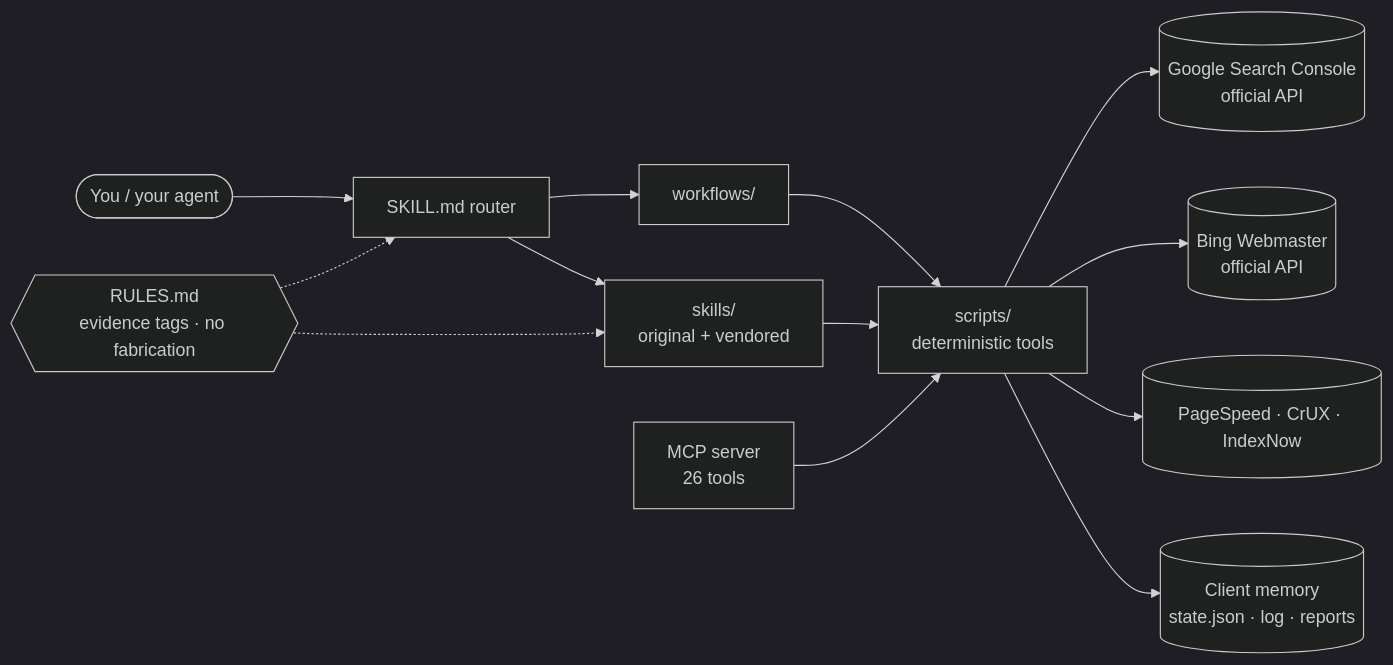
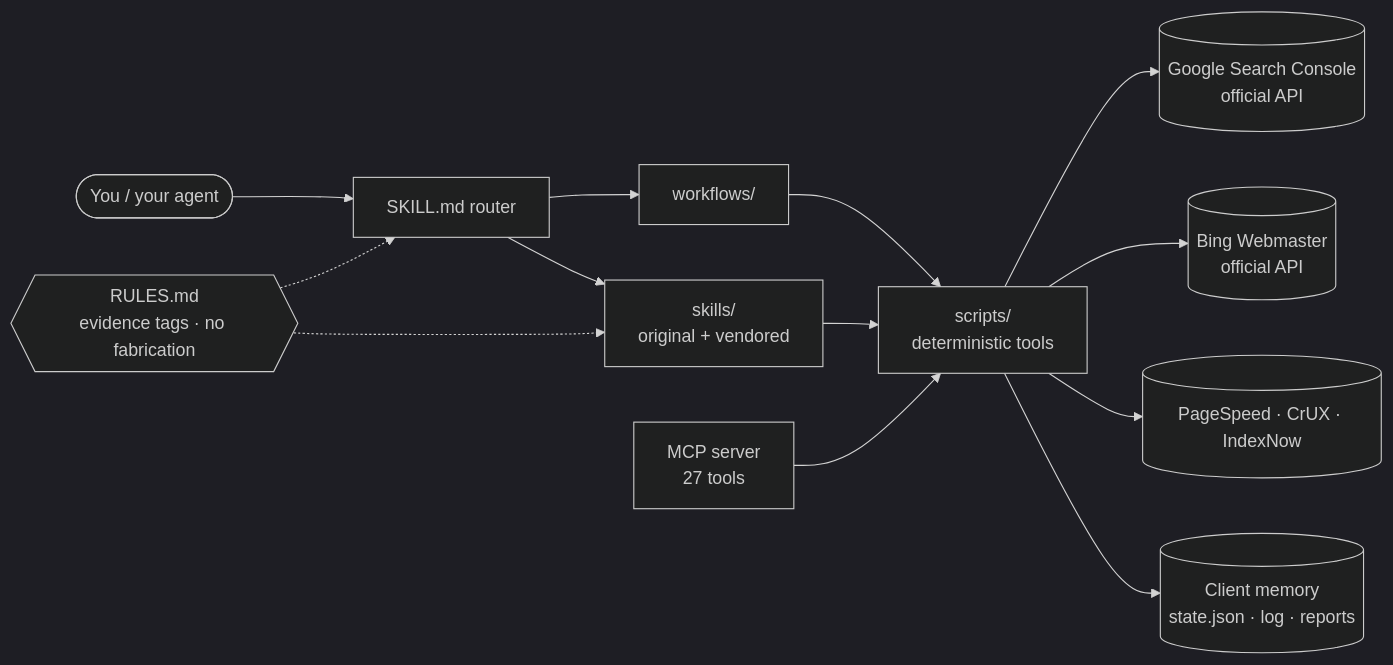
One commit to F0rger123/CLAUDE-SEO-GOD-MODE changed the diagram in README.md. Above: the diagram before and after it, drawn with Mermaid (dark theme). The commit also changed other lines of this file and 13 other files, not shown here.

````diff
--- a/README.md
+++ b/README.md
@@ -108,15 +136,15 @@
 ```mermaid
 flowchart LR
     U([You / your agent]) --> R[SKILL.md router]
     R --> W[workflows/]
     R --> S[skills/<br/>original + vendored]
     W --> X[scripts/<br/>deterministic tools]
     S --> X
-    M[MCP server<br/>26 tools] --> X
+    M[MCP server<br/>27 tools] --> X
     X --> G[(Google Search Console<br/>official API)]
     X --> B[(Bing Webmaster<br/>official API)]
     X --> P[(PageSpeed · CrUX · IndexNow)]
     X --> C[(Client memory<br/>state.json · log · reports)]
     RU{{RULES.md<br/>evidence tags · no fabrication}} -.-> R
     RU -.-> S
 ```
````
